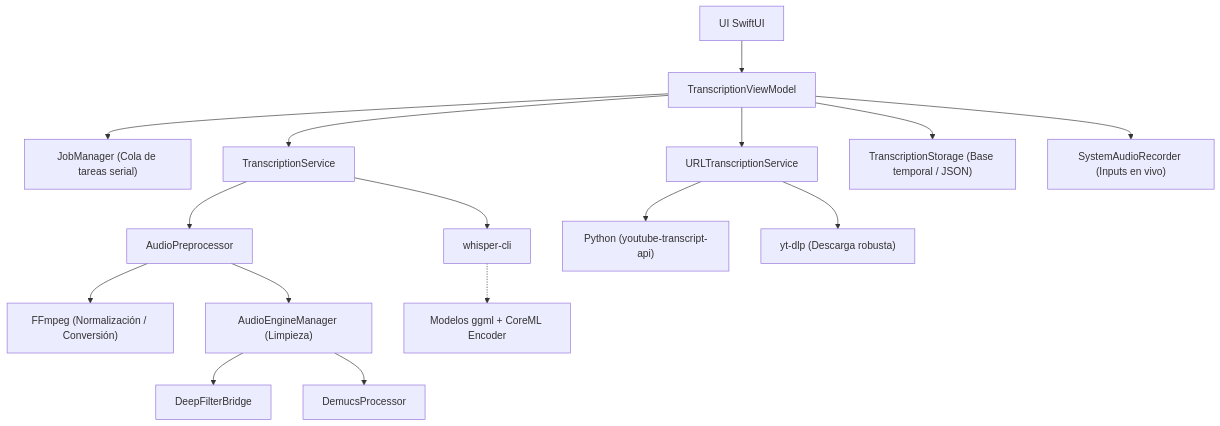
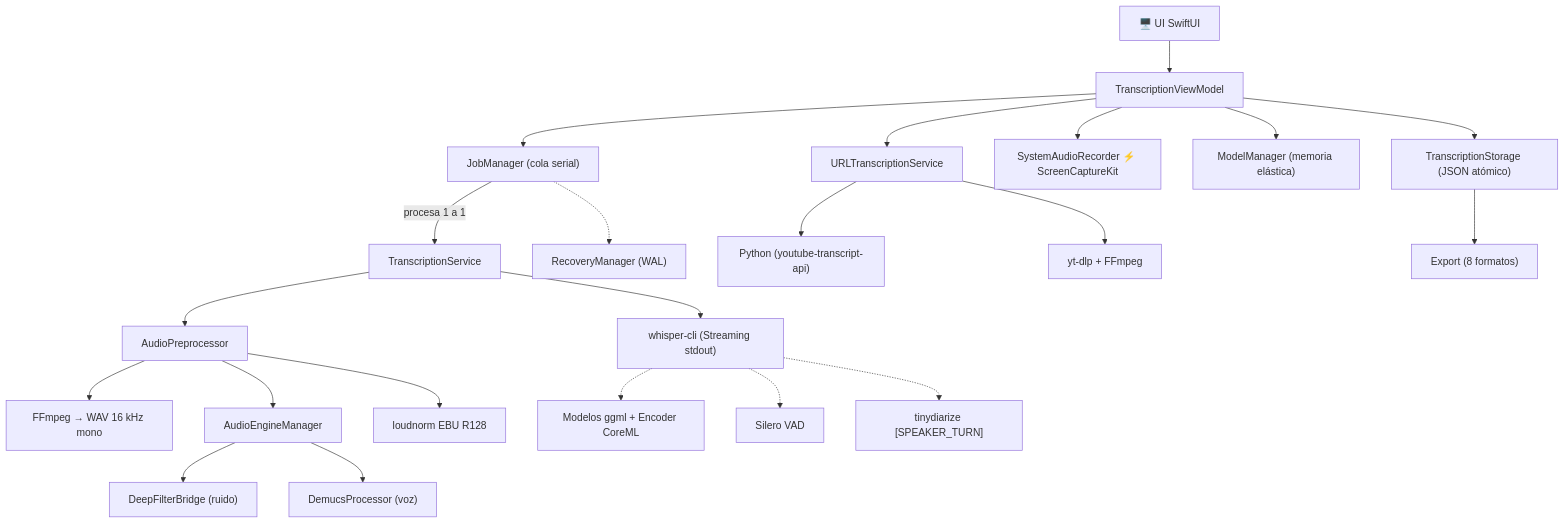
The diagram in README.md (alexbernaldo/TranscriptorX), drawn with Mermaid before and after one commit. The commit also changed other lines of this file, not shown here.

````diff
--- a/README.md
+++ b/README.md
@@ -77,23 +123,24 @@
 ```mermaid
 flowchart TD
-    UI["UI SwiftUI"] --> VM["TranscriptionViewModel"]
-    VM --> JM["JobManager (Cola de tareas serial)"]
-    VM --> TS["TranscriptionService"]
-    
+    UI["🖥️ UI SwiftUI"] --> VM["TranscriptionViewModel"]
+    VM --> JM["JobManager (cola serial)"]
+    JM -->|"procesa 1 a 1"| TS["TranscriptionService"]
     TS --> Pre["AudioPreprocessor"]
-    Pre --> FFM["FFmpeg (Normalización / Conversión)"]
-    
-    Pre --> AM["AudioEngineManager (Limpieza)"]
-    AM --> DF["DeepFilterBridge"]
-    AM --> DM["DemucsProcessor"]
-    
-    TS --> WC["whisper-cli"]
-    WC -.-> CML["Modelos ggml + CoreML Encoder"]
-    
+    Pre --> FFM["FFmpeg → WAV 16 kHz mono"]
+    Pre --> AE["AudioEngineManager"]
+    AE --> DF["DeepFilterBridge (ruido)"]
+    AE --> DM["DemucsProcessor (voz)"]
+    Pre --> LDN["loudnorm EBU R128"]
+    TS --> WC["whisper-cli (Streaming stdout)"]
+    WC -.-> CML["Modelos ggml + Encoder CoreML"]
+    WC -.-> VAD["Silero VAD"]
+    WC -.-> TDZ["tinydiarize [SPEAKER_TURN]"]
     VM --> URL["URLTranscriptionService"]
-    URL --> PY["Python (youtube-transcript-api)"]
-    URL --> YTD["yt-dlp (Descarga robusta)"]
-    
-    VM --> STO["TranscriptionStorage (Base temporal / JSON)"]
-    VM --> REC["SystemAudioRecorder (Inputs en vivo)"]
+    URL --> YT["Python (youtube-transcript-api)"]
+    URL --> YDL["yt-dlp + FFmpeg"]
+    VM --> SR["SystemAudioRecorder ⚡ ScreenCaptureKit"]
+    VM --> MO["ModelManager (memoria elástica)"]
+    JM -.-> RC["RecoveryManager (WAL)"]
+    VM --> ST["TranscriptionStorage (JSON atómico)"]
+    ST --> EXP["Export (8 formatos)"]
 ```
````
